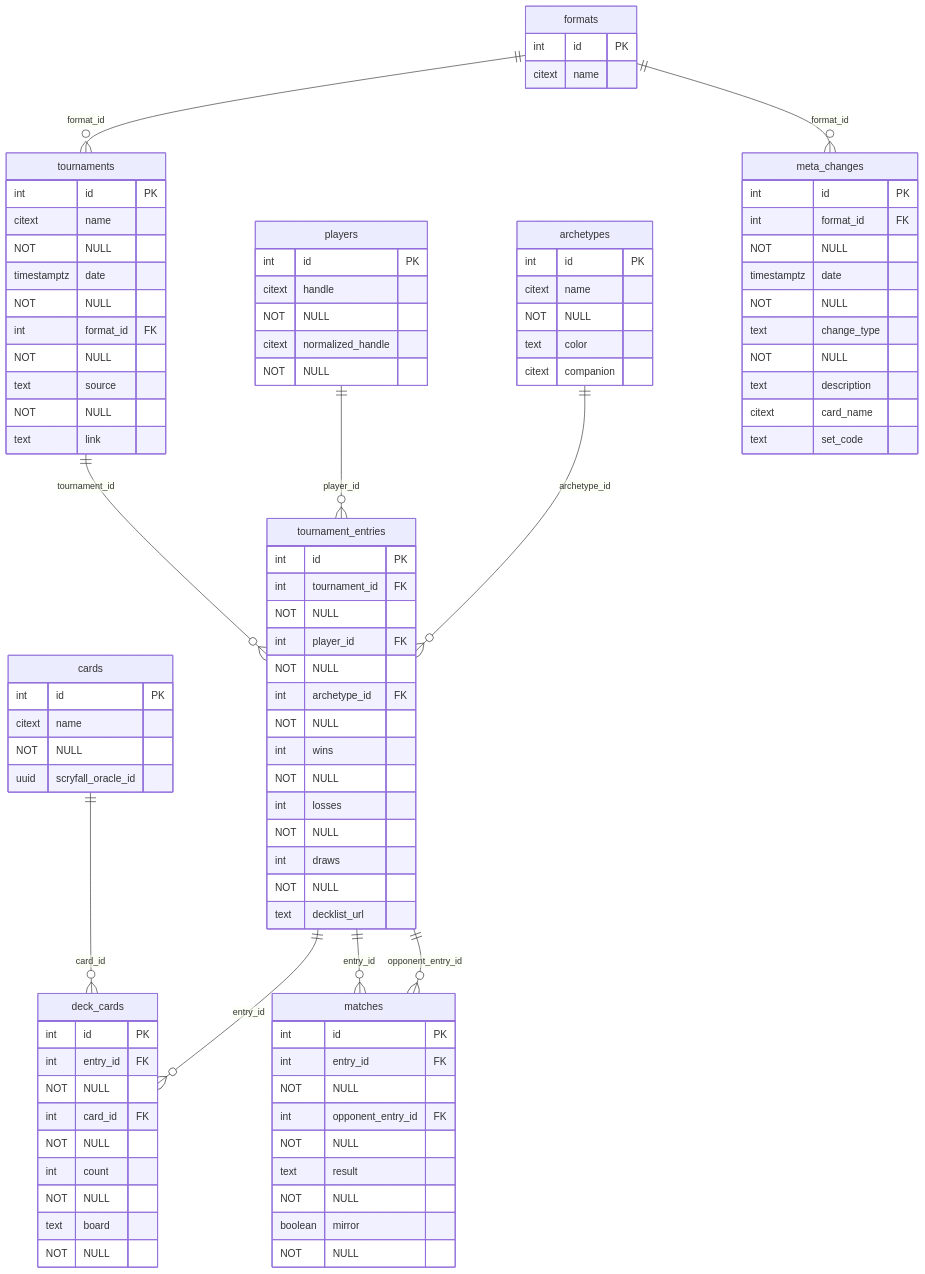
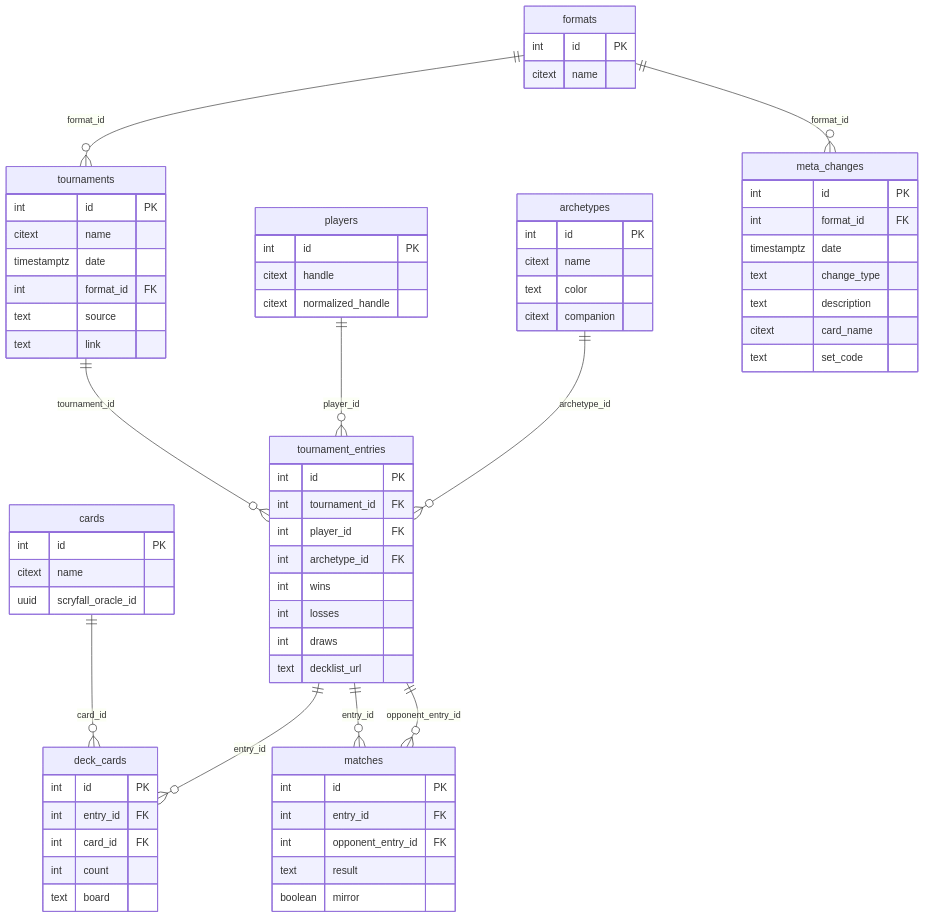
One commit to Jiliac/metamage changed the diagram in schema.mmd. Above: the diagram before and after it, drawn with Mermaid.

Commit message:
manually remove all 'not null'

```diff
--- a/schema.mmd
+++ b/schema.mmd
@@ -1,93 +1,93 @@
 erDiagram
     %% Enumerations (conceptual):
     %% - tournaments.source: MTGO | Melee | Other
     %% - deck_cards.board: MAIN | SIDE
     %% - matches.result: WIN | LOSS | DRAW
 
     formats {
         int id PK
         citext name
     }
 
     meta_changes {
         int id PK
-        int format_id FK NOT NULL
-        timestamptz date NOT NULL
-        text change_type NOT NULL
+        int format_id FK 
+        timestamptz date 
+        text change_type 
         text description
         citext card_name
         text set_code
     }
 
     players {
         int id PK
-        citext handle NOT NULL
-        citext normalized_handle NOT NULL
+        citext handle 
+        citext normalized_handle 
     }
 
     cards {
         int id PK
-        citext name NOT NULL
+        citext name 
         uuid scryfall_oracle_id
     }
 
     archetypes {
         int id PK
-        citext name NOT NULL
+        citext name 
         text color
         citext companion
     }
 
     tournaments {
         int id PK
-        citext name NOT NULL
-        timestamptz date NOT NULL
-        int format_id FK NOT NULL
-        text source NOT NULL
+        citext name 
+        timestamptz date 
+        int format_id FK 
+        text source 
         text link
     }
 
     tournament_entries {
         int id PK
-        int tournament_id FK NOT NULL
-        int player_id FK NOT NULL
-        int archetype_id FK NOT NULL
-        int wins NOT NULL
-        int losses NOT NULL
-        int draws NOT NULL
+        int tournament_id FK 
+        int player_id FK 
+        int archetype_id FK 
+        int wins 
+        int losses 
+        int draws 
         text decklist_url
         %% UNIQUE (tournament_id, player_id)
     }
 
     deck_cards {
         int id PK
-        int entry_id FK NOT NULL
-        int card_id FK NOT NULL
-        int count NOT NULL
-        text board NOT NULL
+        int entry_id FK 
+        int card_id FK 
+        int count 
+        text board 
         %% board: MAIN | SIDE
         %% UNIQUE (entry_id, card_id, board)
     }
 
     matches {
         int id PK
-        int entry_id FK NOT NULL
-        int opponent_entry_id FK NOT NULL
-        text result NOT NULL
+        int entry_id FK 
+        int opponent_entry_id FK 
+        text result 
         %% result: WIN | LOSS | DRAW (from entry_id's perspective)
-        boolean mirror NOT NULL
+        boolean mirror 
         %% mirror: true if same-archetype pairing
         %% To avoid double-counting in queries, aggregate by
         %% (stage, round_no, LEAST(entry_id, opponent_entry_id), GREATEST(...))
     }
 
     %% Relationships
     formats ||--o{ tournaments : "format_id"
     formats ||--o{ meta_changes : "format_id"
     tournaments ||--o{ tournament_entries : "tournament_id"
     players ||--o{ tournament_entries : "player_id"
     archetypes ||--o{ tournament_entries : "archetype_id"
     tournament_entries ||--o{ deck_cards : "entry_id"
     cards ||--o{ deck_cards : "card_id"
     tournament_entries ||--o{ matches : "entry_id"
     tournament_entries ||--o{ matches : "opponent_entry_id"
```
